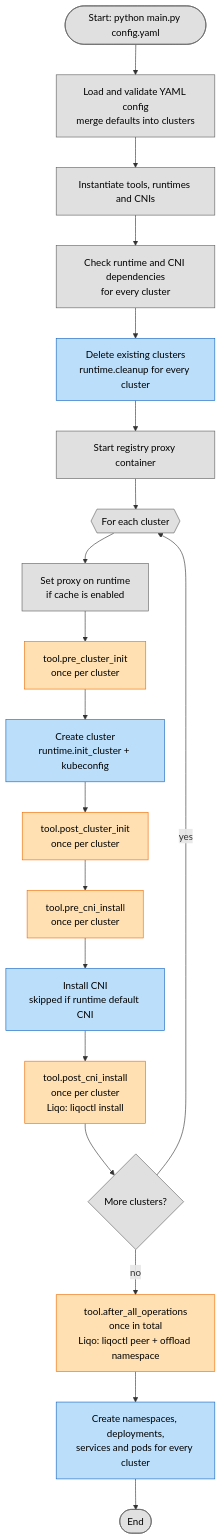
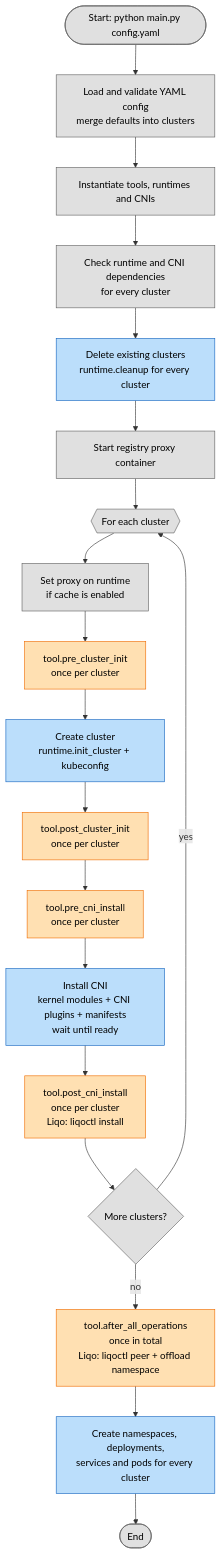
The diagram in README.md (riccardotornesello/kubernetes-testbench), drawn with Mermaid before and after one commit. The commit also changed other lines of this file and 18 other files, not shown here.

````diff
--- a/README.md
+++ b/README.md
@@ -5,31 +5,31 @@
 ```mermaid
 flowchart TD
     A([Start: python main.py config.yaml]) --> B[Load and validate YAML config<br/>merge defaults into clusters]
     B --> C[Instantiate tools, runtimes and CNIs]
     C --> D[Check runtime and CNI dependencies<br/>for every cluster]
     D --> E[Delete existing clusters<br/>runtime.cleanup for every cluster]
     E --> F[Start registry proxy container]
 
     F --> L{{For each cluster}}
     L --> G[Set proxy on runtime<br/>if cache is enabled]
     G --> H[tool.pre_cluster_init<br/>once per cluster]
     H --> I[Create cluster<br/>runtime.init_cluster + kubeconfig]
     I --> J[tool.post_cluster_init<br/>once per cluster]
     J --> J2[tool.pre_cni_install<br/>once per cluster]
-    J2 --> K[Install CNI<br/>skipped if runtime default CNI]
+    J2 --> K[Install CNI<br/>kernel modules + CNI plugins + manifests<br/>wait until ready]
     K --> M[tool.post_cni_install<br/>once per cluster<br/>Liqo: liqoctl install]
     M --> N{More clusters?}
     N -- yes --> L
     N -- no --> O[tool.after_all_operations<br/>once in total<br/>Liqo: liqoctl peer + offload namespace]
 
     O --> P[Create namespaces, deployments,<br/>services and pods for every cluster]
     P --> Q([End])
 
     classDef internal fill:#e0e0e0,stroke:#616161,color:#000
     classDef k8s fill:#bbdefb,stroke:#1565c0,color:#000
     classDef tool fill:#ffe0b2,stroke:#ef6c00,color:#000
 
     class A,B,C,D,F,G,L,N,Q internal
     class E,I,K,P k8s
     class H,J,J2,M,O tool
 ```
````
